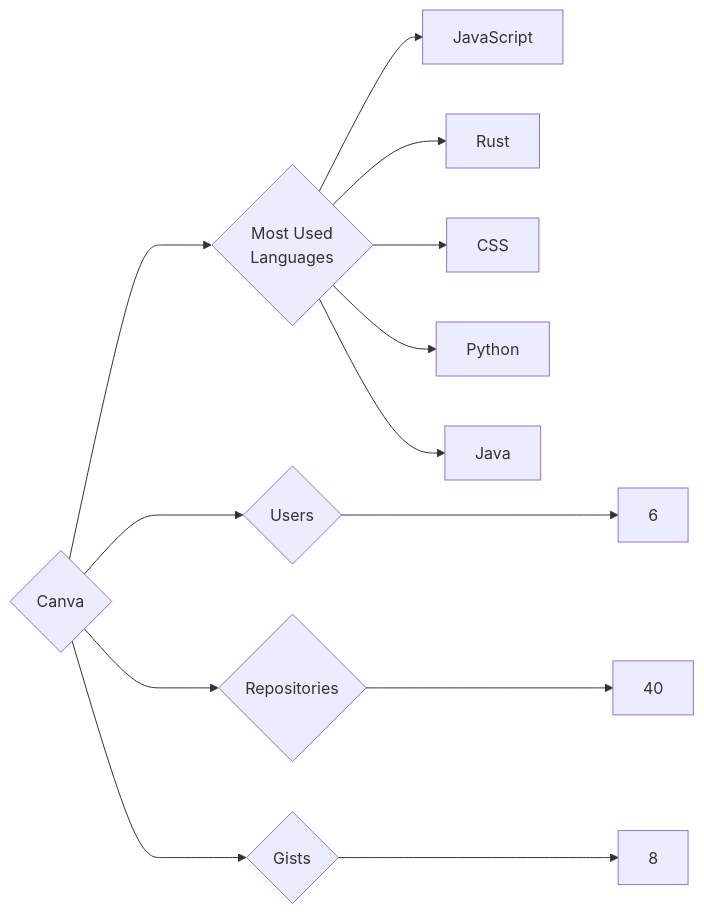
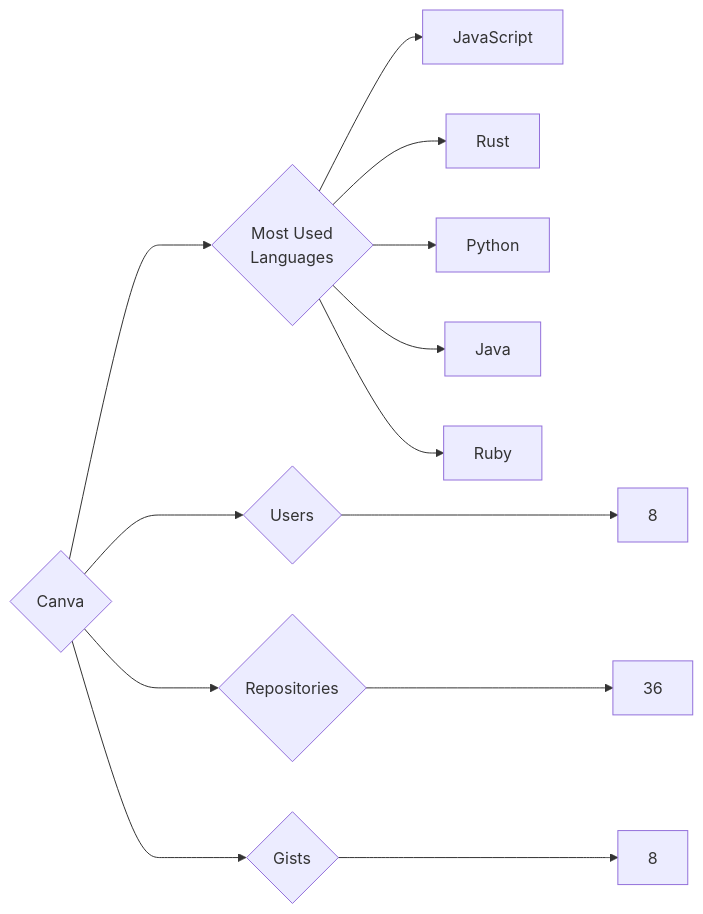
The diagram in targets/Canva/README.md (trickest/insiders), drawn with Mermaid before and after one commit. The commit also changed 942 other files, not shown here.

````diff
--- a/targets/Canva/README.md
+++ b/targets/Canva/README.md
@@ -3,13 +3,13 @@
 ```mermaid
 graph LR
 COMPANY_NAME{Canva}
-COMPANY_NAME ---> U{Users} ---> UN[6]
-COMPANY_NAME ---> R{Repositories} ---> RN[40]
+COMPANY_NAME ---> U{Users} ---> UN[8]
+COMPANY_NAME ---> R{Repositories} ---> RN[36]
 COMPANY_NAME ---> G{Gists} ---> GN[8]
 COMPANY_NAME ---> ML{Most Used<br>Languages}
 ML --> JavaScript[JavaScript]
 ML --> Rust[Rust]
-ML --> CSS[CSS]
 ML --> Python[Python]
 ML --> Java[Java]
+ML --> Ruby[Ruby]
 ```
````
